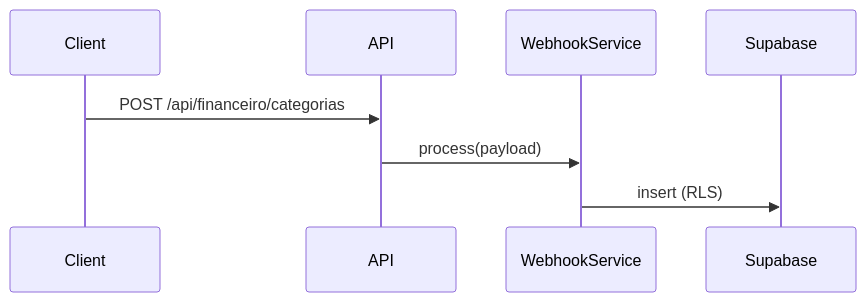
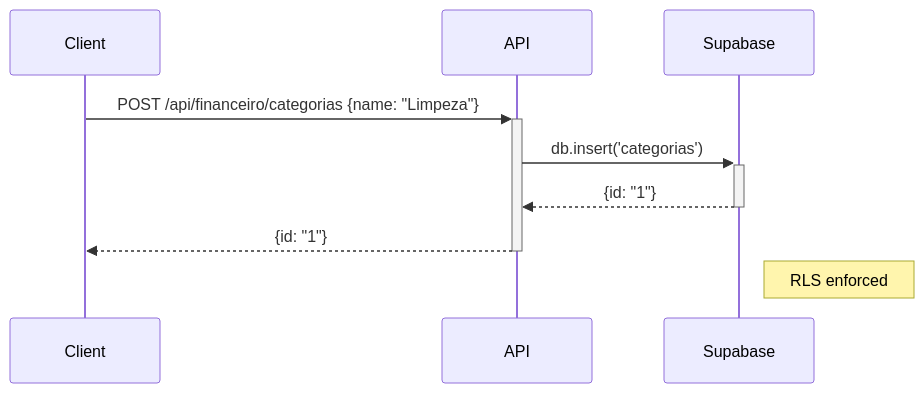
Before and after one commit to dchesque/caroline-cleaning: the first of 3 diagrams in .context/agents/documentation-writer.md, drawn with Mermaid. The commit also changed other lines of this file and 21 other files, not shown here.

````diff
--- a/.context/agents/documentation-writer.md
+++ b/.context/agents/documentation-writer.md
@@ -95,6 +108,8 @@
    ```mermaid
    sequenceDiagram
-     Client->>API: POST /api/financeiro/categorias
-     API->>WebhookService: process(payload)
-     WebhookService->>Supabase: insert (RLS)
+     Client->>+API: POST /api/financeiro/categorias {name: "Limpeza"}
+     API->>+Supabase: db.insert('categorias')
+     Supabase-->>-API: {id: "1"}
+     API-->>-Client: {id: "1"}
+   Note right of Supabase: RLS enforced
    ```
````
